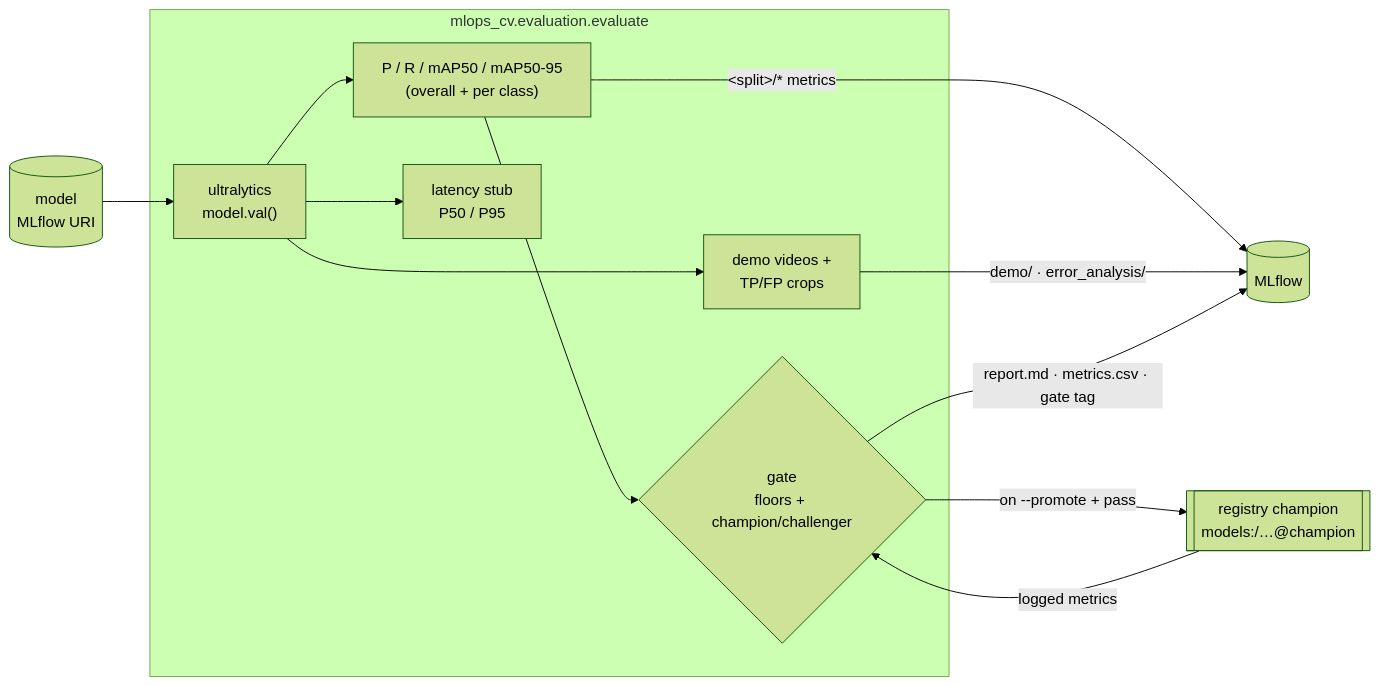
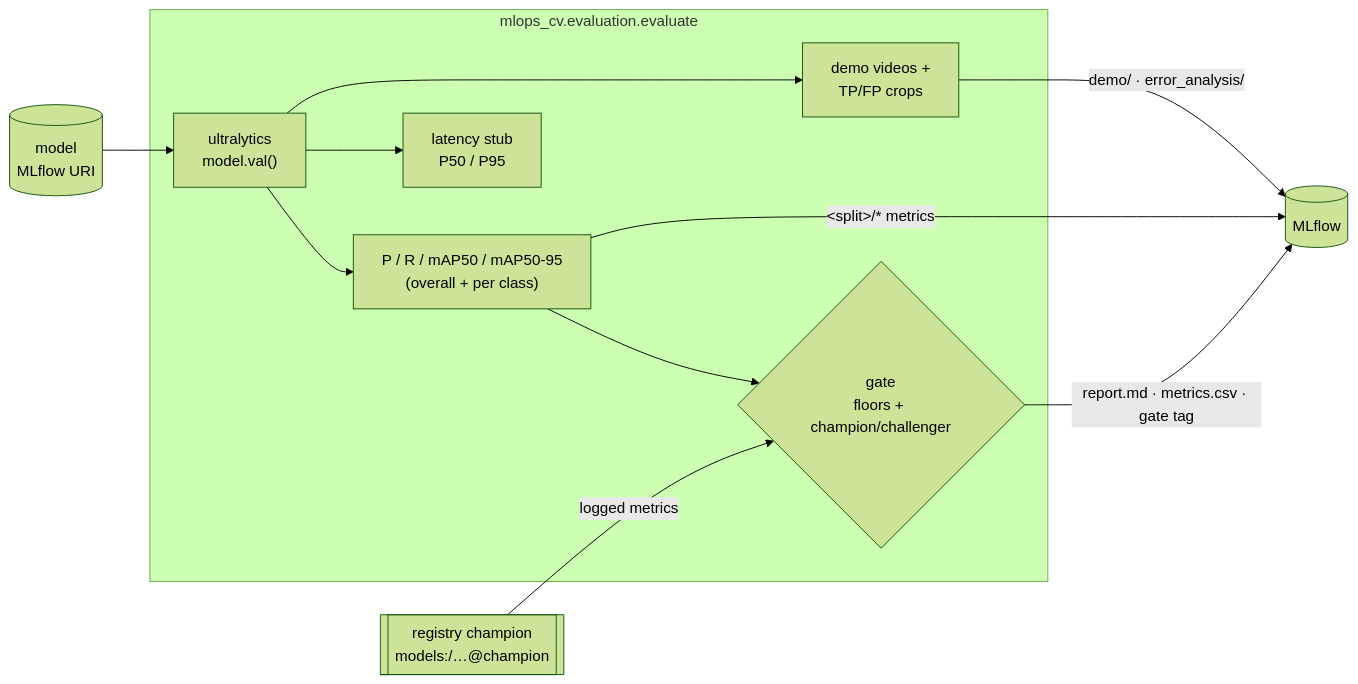
One commit to vtarasv/mlops-cv changed the diagram in docs/evaluation.md. Above: the diagram before and after it, drawn with Mermaid (forest theme). The commit also changed other lines of this file and 16 other files, not shown here.

First line of the commit message:
fix: promote only servable gate winners (#18)

````diff
--- a/docs/evaluation.md
+++ b/docs/evaluation.md
@@ -10,15 +10,14 @@
 ```mermaid
 flowchart LR
   model[("model<br/>MLflow URI")] --> val
   subgraph eval["mlops_cv.evaluation.evaluate"]
     val["ultralytics<br/>model.val()"] --> metrics["P / R / mAP50 / mAP50-95<br/>(overall + per class)"]
     val --> lat["latency stub<br/>P50 / P95"]
     val --> vis["demo videos +<br/>TP/FP crops"]
     metrics --> gate{"gate<br/>floors + champion/challenger"}
   end
   champ[["registry champion<br/>models:/…@champion"]] -->|logged metrics| gate
   metrics -->|"&lt;split&gt;/* metrics"| mlflow[("MLflow")]
   vis -->|"demo/ · error_analysis/"| mlflow
   gate -->|"report.md · metrics.csv · gate tag"| mlflow
-  gate -->|"on --promote + pass"| champ
 ```
````
